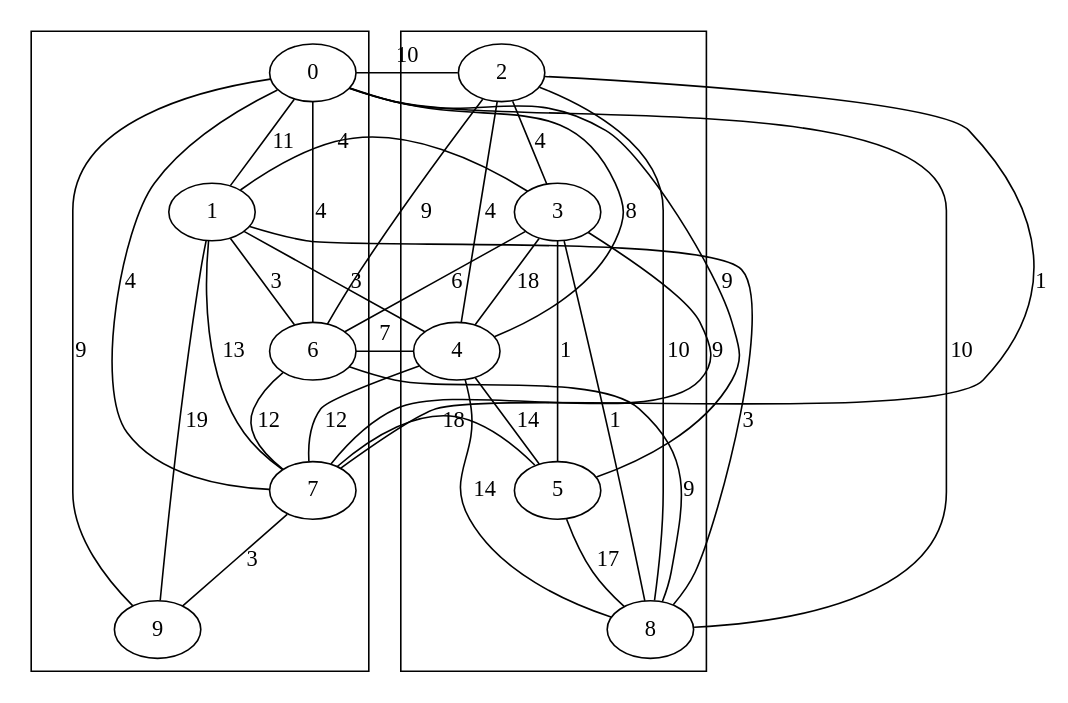
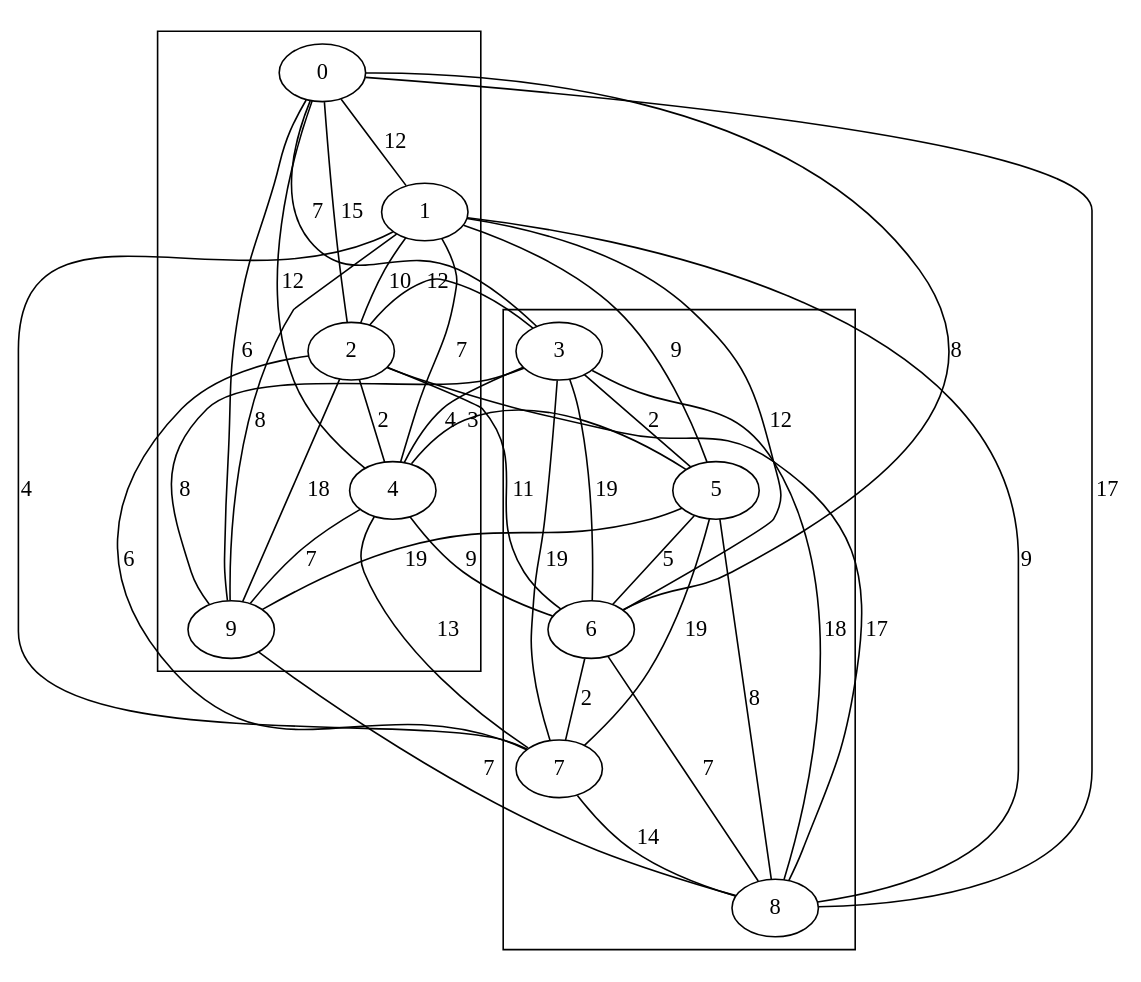
Before and after one commit to lrodrin/masterAI: the diagram in A2/kernighan_lin/kl.dot, drawn with Graphviz. The commit also changed 9 other files, not shown here.

```diff
--- a/A2/kernighan_lin/kl.dot
+++ b/A2/kernighan_lin/kl.dot
@@ -1,59 +1,64 @@
 strict graph  {
 0;
 1;
 2;
 3;
 4;
 5;
 6;
 7;
 8;
 9;
-0 -- 1  [label=11];
-0 -- 2  [label=10];
-0 -- 4  [label=8];
-0 -- 5  [label=9];
-0 -- 6  [label=4];
-0 -- 7  [label=4];
-0 -- 8  [label=10];
-0 -- 9  [label=9];
-1 -- 3  [label=4];
-1 -- 4  [label=3];
-1 -- 6  [label=3];
-1 -- 7  [label=13];
-1 -- 8  [label=3];
-1 -- 9  [label=19];
-2 -- 3  [label=4];
-2 -- 4  [label=4];
-2 -- 6  [label=9];
-2 -- 7  [label=1];
-2 -- 8  [label=10];
-3 -- 4  [label=18];
-3 -- 5  [label=1];
-3 -- 6  [label=6];
-3 -- 7  [label=9];
-3 -- 8  [label=1];
-4 -- 5  [label=14];
-4 -- 6  [label=7];
-4 -- 7  [label=12];
-4 -- 8  [label=14];
-5 -- 7  [label=18];
-5 -- 8  [label=17];
-6 -- 7  [label=12];
-6 -- 8  [label=9];
-7 -- 9  [label=3];
+0 -- 1  [label=12];
+0 -- 2  [label=15];
+0 -- 3  [label=7];
+0 -- 4  [label=12];
+0 -- 6  [label=8];
+0 -- 8  [label=17];
+0 -- 9  [label=6];
+1 -- 2  [label=10];
+1 -- 4  [label=7];
+1 -- 5  [label=9];
+1 -- 6  [label=12];
+1 -- 7  [label=4];
+1 -- 8  [label=9];
+1 -- 9  [label=8];
+2 -- 3  [label=12];
+2 -- 4  [label=2];
+2 -- 6  [label=11];
+2 -- 7  [label=6];
+2 -- 8  [label=17];
+2 -- 9  [label=18];
+3 -- 4  [label=4];
+3 -- 5  [label=2];
+3 -- 6  [label=19];
+3 -- 7  [label=19];
+3 -- 8  [label=18];
+3 -- 9  [label=8];
+4 -- 5  [label=3];
+4 -- 6  [label=9];
+4 -- 7  [label=13];
+4 -- 9  [label=7];
+5 -- 6  [label=5];
+5 -- 7  [label=19];
+5 -- 8  [label=8];
+5 -- 9  [label=19];
+6 -- 7  [label=2];
+6 -- 8  [label=7];
+7 -- 8  [label=14];
+8 -- 9  [label=7];
 subgraph cluster_A {
-0 -- 1;
-1 -- 6;
+3 -- 5;
+5 -- 6;
 6 -- 7;
-7 -- 9;
+7 -- 8;
 }
 
 subgraph cluster_B {
-2 -- 3;
-3 -- 4;
-4 -- 5;
-5 -- 8;
+0 -- 1;
+1 -- 2;
+2 -- 4;
+4 -- 9;
 }
 
 }
```
